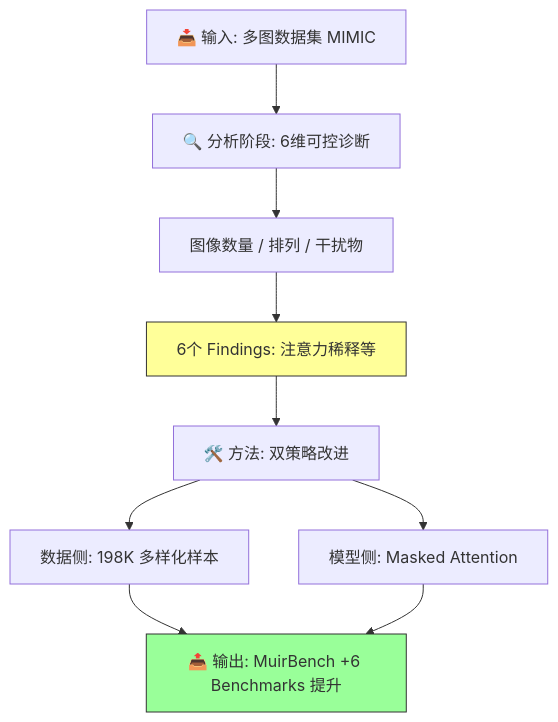
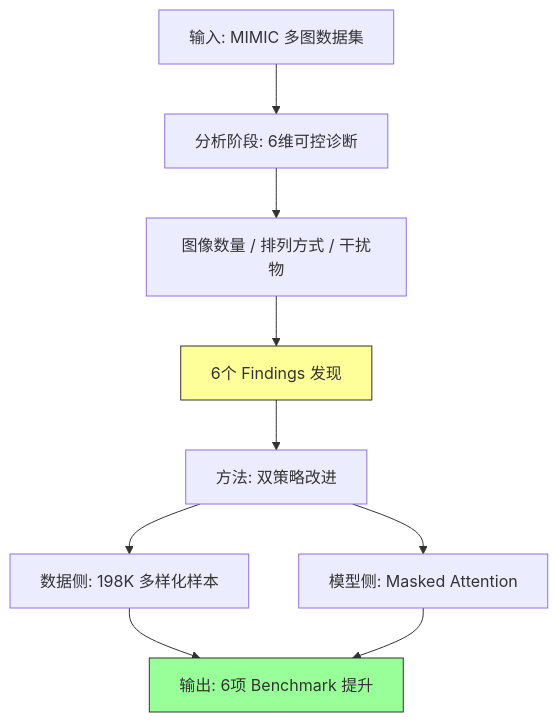
Before and after one commit to Haohaha-11/Paper-Reading-form-Eason: the second of 2 diagrams in topics/VLM-Bottleneck-Analysis-and-Method-Design/bottleneck-analysis/[Arxiv 2026] More-Images-More-Problems/README.md, drawn with Mermaid. The commit also changed other lines of this file and 5 other files, not shown here.

First line of the commit message:
fix: Mermaid 流程图文本精简，去除 LaTeX 公式

````diff
--- a/topics/VLM-Bottleneck-Analysis-and-Method-Design/bottleneck-analysis/[Arxiv 2026] More-Images-More-Problems/README.md
+++ b/topics/VLM-Bottleneck-Analysis-and-Method-Design/bottleneck-analysis/[Arxiv 2026] More-Images-More-Problems/README.md
@@ -83,13 +83,13 @@
 ```mermaid
 flowchart TD
-    A["📥 输入: 多图数据集 MIMIC"] --> B["🔍 分析阶段: 6维可控诊断"]
-    B --> B1["图像数量 / 排列 / 干扰物"]
-    B1 --> B2["6个 Findings: 注意力稀释等"]
-    B2 --> C["🛠️ 方法: 双策略改进"]
+    A["输入: MIMIC 多图数据集"] --> B["分析阶段: 6维可控诊断"]
+    B --> B1["图像数量 / 排列方式 / 干扰物"]
+    B1 --> B2["6个 Findings 发现"]
+    B2 --> C["方法: 双策略改进"]
     C --> C1["数据侧: 198K 多样化样本"]
     C --> C2["模型侧: Masked Attention"]
-    C1 --> D["📤 输出: MuirBench +6 Benchmarks 提升"]
+    C1 --> D["输出: 6项 Benchmark 提升"]
     C2 --> D
     style B2 fill:#ff9,stroke:#333
     style D fill:#9f9,stroke:#333
 ```
````
